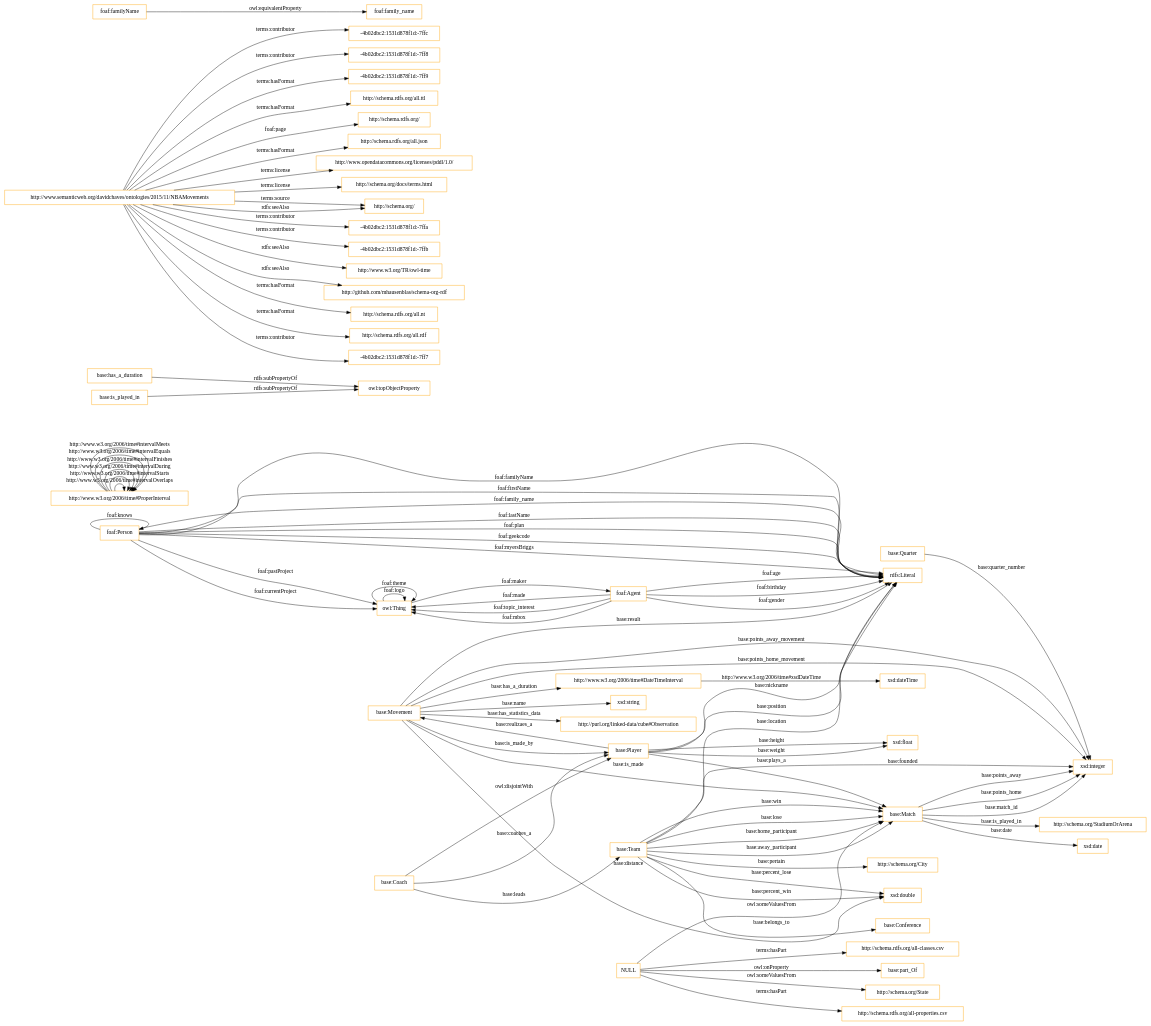
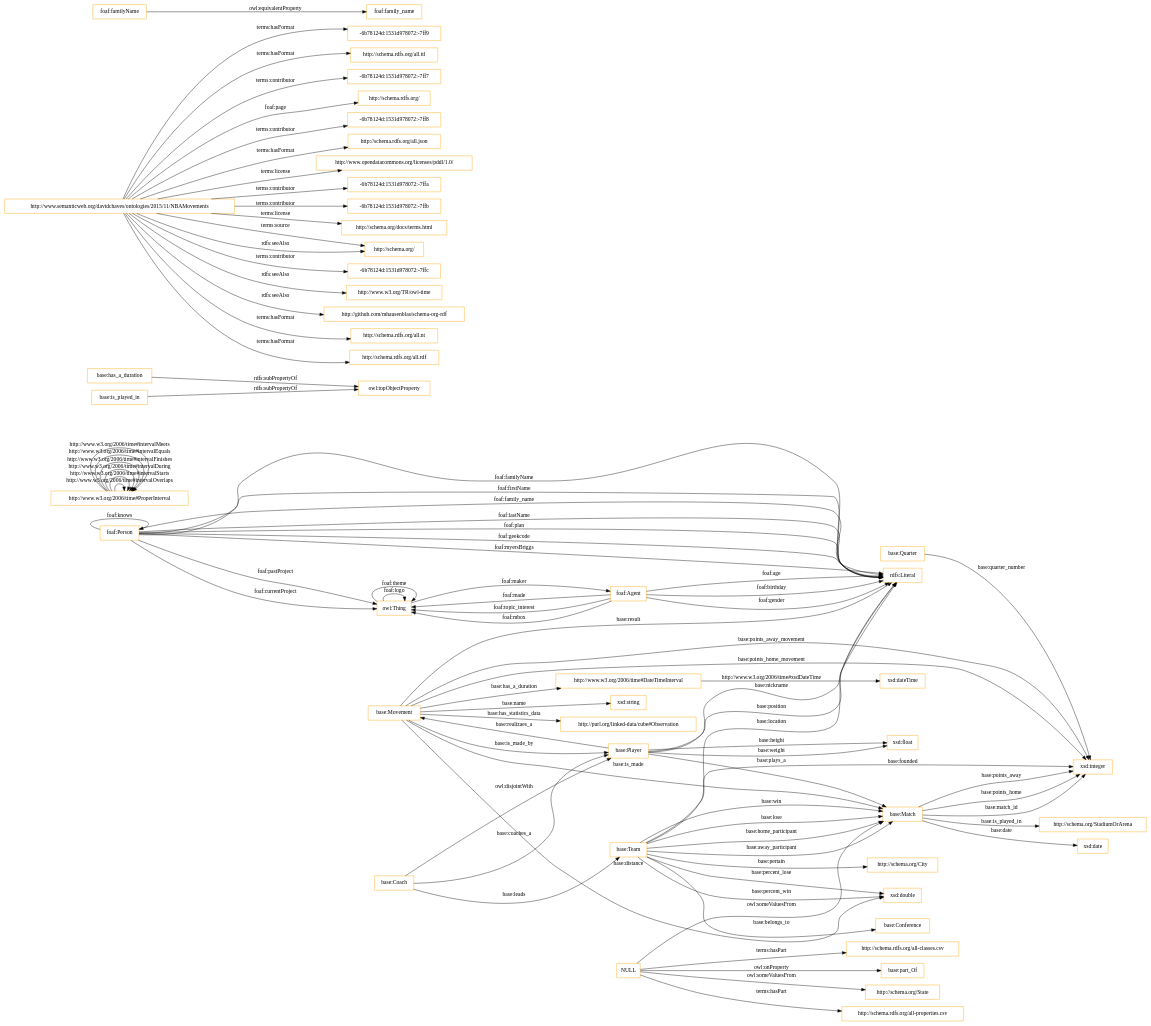
Before and after one commit to OnToologyUser/NBAMovements: the diagram in OnToology/NBAMovementsv2.owl/diagrams/ar2dtool-class/NBAMovementsv2.owl.png.dot, drawn with Graphviz. The commit also changed 19 other files, not shown here.

```diff
--- a/OnToology/NBAMovementsv2.owl/diagrams/ar2dtool-class/NBAMovementsv2.owl.png.dot
+++ b/OnToology/NBAMovementsv2.owl/diagrams/ar2dtool-class/NBAMovementsv2.owl.png.dot
@@ -1,91 +1,91 @@
 digraph ar2dtool_diagram { 
 rankdir=LR;
 size="1501"
 node [shape = rectangle, color="orange"]; "http://www.w3.org/2006/time#DateTimeInterval" "base:Team" "base:Coach" "http://www.w3.org/2006/time#ProperInterval" "http://schema.org/State" "http://schema.org/City" "foaf:Person" "base:Player" "base:Quarter" "http://schema.org/StadiumOrArena" "base:Match" "http://purl.org/linked-data/cube#Observation" "base:Movement" "base:Conference" ; /*classes style*/
 	"base:Coach" -> "base:Player" [ label = "owl:disjointWith" ];
 	"base:has_a_duration" -> "owl:topObjectProperty" [ label = "rdfs:subPropertyOf" ];
-	"http://www.semanticweb.org/davidchaves/ontologies/2015/11/NBAMovements" -> "-4b02dbc2:1531d878f1d:-7ffc" [ label = "terms:contributor" ];
-	"http://www.semanticweb.org/davidchaves/ontologies/2015/11/NBAMovements" -> "-4b02dbc2:1531d878f1d:-7ff8" [ label = "terms:contributor" ];
-	"http://www.semanticweb.org/davidchaves/ontologies/2015/11/NBAMovements" -> "-4b02dbc2:1531d878f1d:-7ff9" [ label = "terms:hasFormat" ];
+	"http://www.semanticweb.org/davidchaves/ontologies/2015/11/NBAMovements" -> "-6b78124d:1531d978072:-7ff9" [ label = "terms:hasFormat" ];
 	"http://www.semanticweb.org/davidchaves/ontologies/2015/11/NBAMovements" -> "http://schema.rdfs.org/all.ttl" [ label = "terms:hasFormat" ];
+	"http://www.semanticweb.org/davidchaves/ontologies/2015/11/NBAMovements" -> "-6b78124d:1531d978072:-7ff7" [ label = "terms:contributor" ];
 	"http://www.semanticweb.org/davidchaves/ontologies/2015/11/NBAMovements" -> "http://schema.rdfs.org/" [ label = "foaf:page" ];
+	"http://www.semanticweb.org/davidchaves/ontologies/2015/11/NBAMovements" -> "-6b78124d:1531d978072:-7ff8" [ label = "terms:contributor" ];
 	"http://www.semanticweb.org/davidchaves/ontologies/2015/11/NBAMovements" -> "http://schema.rdfs.org/all.json" [ label = "terms:hasFormat" ];
 	"http://www.semanticweb.org/davidchaves/ontologies/2015/11/NBAMovements" -> "http://www.opendatacommons.org/licenses/pddl/1.0/" [ label = "terms:license" ];
+	"http://www.semanticweb.org/davidchaves/ontologies/2015/11/NBAMovements" -> "-6b78124d:1531d978072:-7ffa" [ label = "terms:contributor" ];
+	"http://www.semanticweb.org/davidchaves/ontologies/2015/11/NBAMovements" -> "-6b78124d:1531d978072:-7ffb" [ label = "terms:contributor" ];
 	"http://www.semanticweb.org/davidchaves/ontologies/2015/11/NBAMovements" -> "http://schema.org/docs/terms.html" [ label = "terms:license" ];
 	"http://www.semanticweb.org/davidchaves/ontologies/2015/11/NBAMovements" -> "http://schema.org/" [ label = "terms:source" ];
-	"http://www.semanticweb.org/davidchaves/ontologies/2015/11/NBAMovements" -> "-4b02dbc2:1531d878f1d:-7ffa" [ label = "terms:contributor" ];
-	"http://www.semanticweb.org/davidchaves/ontologies/2015/11/NBAMovements" -> "-4b02dbc2:1531d878f1d:-7ffb" [ label = "terms:contributor" ];
+	"http://www.semanticweb.org/davidchaves/ontologies/2015/11/NBAMovements" -> "-6b78124d:1531d978072:-7ffc" [ label = "terms:contributor" ];
 	"http://www.semanticweb.org/davidchaves/ontologies/2015/11/NBAMovements" -> "http://www.w3.org/TR/owl-time" [ label = "rdfs:seeAlso" ];
 	"http://www.semanticweb.org/davidchaves/ontologies/2015/11/NBAMovements" -> "http://schema.org/" [ label = "rdfs:seeAlso" ];
 	"http://www.semanticweb.org/davidchaves/ontologies/2015/11/NBAMovements" -> "http://github.com/mhausenblas/schema-org-rdf" [ label = "rdfs:seeAlso" ];
 	"http://www.semanticweb.org/davidchaves/ontologies/2015/11/NBAMovements" -> "http://schema.rdfs.org/all.nt" [ label = "terms:hasFormat" ];
 	"http://www.semanticweb.org/davidchaves/ontologies/2015/11/NBAMovements" -> "http://schema.rdfs.org/all.rdf" [ label = "terms:hasFormat" ];
-	"http://www.semanticweb.org/davidchaves/ontologies/2015/11/NBAMovements" -> "-4b02dbc2:1531d878f1d:-7ff7" [ label = "terms:contributor" ];
 	"base:is_played_in" -> "owl:topObjectProperty" [ label = "rdfs:subPropertyOf" ];
 	"foaf:familyName" -> "foaf:family_name" [ label = "owl:equivalentProperty" ];
+	"NULL" -> "http://schema.org/State" [ label = "owl:someValuesFrom" ];
 	"NULL" -> "http://schema.rdfs.org/all-properties.csv" [ label = "terms:hasPart" ];
 	"NULL" -> "http://schema.rdfs.org/all-classes.csv" [ label = "terms:hasPart" ];
 	"NULL" -> "base:Match" [ label = "owl:someValuesFrom" ];
-	"NULL" -> "http://schema.org/State" [ label = "owl:someValuesFrom" ];
 	"NULL" -> "base:part_Of" [ label = "owl:onProperty" ];
 	"base:Team" -> "rdfs:Literal" [ label = "base:location" ];
 	"owl:Thing" -> "foaf:Agent" [ label = "foaf:maker" ];
 	"base:Player" -> "rdfs:Literal" [ label = "base:nickname" ];
 	"base:Player" -> "rdfs:Literal" [ label = "base:position" ];
 	"base:Movement" -> "xsd:integer" [ label = "base:points_home_movement" ];
 	"http://www.w3.org/2006/time#ProperInterval" -> "http://www.w3.org/2006/time#ProperInterval" [ label = "http://www.w3.org/2006/time#intervalOverlaps" ];
 	"owl:Thing" -> "owl:Thing" [ label = "foaf:logo" ];
 	"foaf:Agent" -> "owl:Thing" [ label = "foaf:made" ];
 	"foaf:Agent" -> "rdfs:Literal" [ label = "foaf:birthday" ];
 	"base:Player" -> "base:Movement" [ label = "base:realizaes_a" ];
 	"foaf:Person" -> "rdfs:Literal" [ label = "foaf:familyName" ];
 	"base:Movement" -> "rdfs:Literal" [ label = "base:result" ];
 	"foaf:Person" -> "rdfs:Literal" [ label = "foaf:firstName" ];
 	"base:Team" -> "base:Match" [ label = "base:home_participant" ];
 	"foaf:Person" -> "owl:Thing" [ label = "foaf:currentProject" ];
 	"base:Movement" -> "http://purl.org/linked-data/cube#Observation" [ label = "base:has_statistics_data" ];
 	"http://www.w3.org/2006/time#ProperInterval" -> "http://www.w3.org/2006/time#ProperInterval" [ label = "http://www.w3.org/2006/time#intervalStarts" ];
 	"http://www.w3.org/2006/time#DateTimeInterval" -> "xsd:dateTime" [ label = "http://www.w3.org/2006/time#xsdDateTime" ];
 	"foaf:Agent" -> "owl:Thing" [ label = "foaf:topic_interest" ];
 	"base:Movement" -> "http://www.w3.org/2006/time#DateTimeInterval" [ label = "base:has_a_duration" ];
 	"foaf:Agent" -> "rdfs:Literal" [ label = "foaf:gender" ];
 	"base:Movement" -> "xsd:string" [ label = "base:name" ];
 	"base:Match" -> "xsd:integer" [ label = "base:points_away" ];
 	"base:Team" -> "base:Match" [ label = "base:away_participant" ];
 	"http://www.w3.org/2006/time#ProperInterval" -> "http://www.w3.org/2006/time#ProperInterval" [ label = "http://www.w3.org/2006/time#intervalDuring" ];
 	"base:Team" -> "base:Conference" [ label = "base:belongs_to" ];
 	"http://www.w3.org/2006/time#ProperInterval" -> "http://www.w3.org/2006/time#ProperInterval" [ label = "http://www.w3.org/2006/time#intervalFinishes" ];
 	"base:Coach" -> "base:Player" [ label = "base:coaches_a" ];
 	"base:Team" -> "xsd:integer" [ label = "base:founded" ];
 	"base:Team" -> "base:Match" [ label = "base:win" ];
 	"base:Match" -> "xsd:integer" [ label = "base:points_home" ];
 	"base:Team" -> "xsd:double" [ label = "base:percent_win" ];
 	"foaf:Person" -> "rdfs:Literal" [ label = "foaf:family_name" ];
 	"base:Movement" -> "xsd:double" [ label = "base:distance" ];
 	"base:Player" -> "xsd:float" [ label = "base:weight" ];
 	"base:Team" -> "base:Match" [ label = "base:lose" ];
 	"owl:Thing" -> "owl:Thing" [ label = "foaf:theme" ];
 	"base:Match" -> "xsd:date" [ label = "base:date" ];
 	"foaf:Agent" -> "rdfs:Literal" [ label = "foaf:age" ];
 	"foaf:Agent" -> "owl:Thing" [ label = "foaf:mbox" ];
 	"foaf:Person" -> "rdfs:Literal" [ label = "foaf:lastName" ];
 	"base:Team" -> "xsd:double" [ label = "base:percent_lose" ];
 	"http://www.w3.org/2006/time#ProperInterval" -> "http://www.w3.org/2006/time#ProperInterval" [ label = "http://www.w3.org/2006/time#intervalEquals" ];
 	"foaf:Person" -> "owl:Thing" [ label = "foaf:pastProject" ];
 	"base:Match" -> "xsd:integer" [ label = "base:match_id" ];
 	"base:Movement" -> "base:Player" [ label = "base:is_made_by" ];
 	"base:Match" -> "http://schema.org/StadiumOrArena" [ label = "base:is_played_in" ];
 	"foaf:Person" -> "foaf:Person" [ label = "foaf:knows" ];
 	"base:Player" -> "base:Match" [ label = "base:plays_a" ];
 	"foaf:Person" -> "rdfs:Literal" [ label = "foaf:plan" ];
 	"foaf:Person" -> "rdfs:Literal" [ label = "foaf:geekcode" ];
 	"base:Team" -> "http://schema.org/City" [ label = "base:pertain" ];
 	"base:Quarter" -> "xsd:integer" [ label = "base:quarter_number" ];
 	"base:Coach" -> "base:Team" [ label = "base:leads" ];
 	"base:Movement" -> "base:Match" [ label = "base:is_made" ];
 	"http://www.w3.org/2006/time#ProperInterval" -> "http://www.w3.org/2006/time#ProperInterval" [ label = "http://www.w3.org/2006/time#intervalMeets" ];
 	"base:Player" -> "xsd:float" [ label = "base:height" ];
 	"base:Movement" -> "xsd:integer" [ label = "base:points_away_movement" ];
 	"foaf:Person" -> "rdfs:Literal" [ label = "foaf:myersBriggs" ];
 
 }
```
